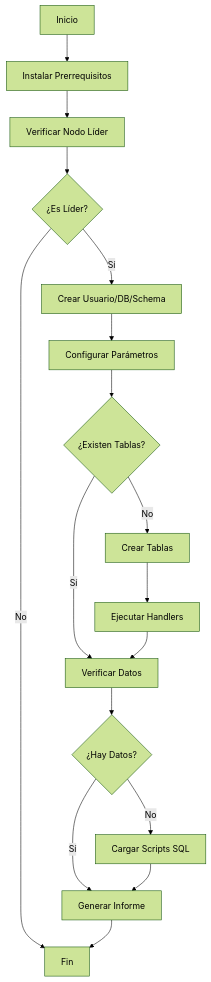
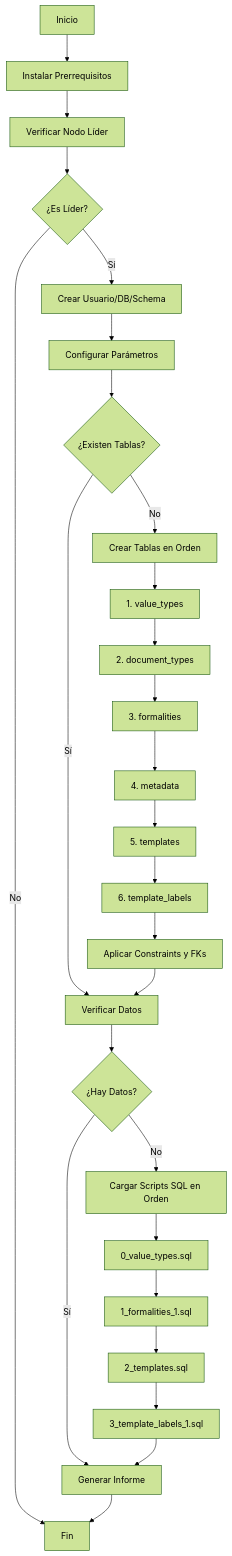
Before and after one commit to Crittan01/postgresql-ha-patroni: the diagram in roles/database_init/README.md, drawn with Mermaid (forest theme). The commit also changed other lines of this file and 10 other files, not shown here.

````diff
--- a/roles/database_init/README.md
+++ b/roles/database_init/README.md
@@ -131,19 +134,29 @@
 ```mermaid
 graph TD
     A[Inicio] --> B[Instalar Prerrequisitos]
     B --> C[Verificar Nodo Líder]
     C --> D{¿Es Líder?}
     D -->|No| Z[Fin]
     D -->|Sí| E[Crear Usuario/DB/Schema]
     E --> F[Configurar Parámetros]
     F --> G{¿Existen Tablas?}
     G -->|Sí| H[Verificar Datos]
-    G -->|No| I[Crear Tablas]
-    I --> J[Ejecutar Handlers]
+    G -->|No| I[Crear Tablas en Orden]
+    I --> I1[1. value_types]
+    I1 --> I2[2. document_types]
+    I2 --> I3[3. formalities]
+    I3 --> I4[4. metadata]
+    I4 --> I5[5. templates]
+    I5 --> I6[6. template_labels]
+    I6 --> J[Aplicar Constraints y FKs]
     J --> H
     H --> K{¿Hay Datos?}
     K -->|Sí| L[Generar Informe]
-    K -->|No| M[Cargar Scripts SQL]
-    M --> L
+    K -->|No| M[Cargar Scripts SQL en Orden]
+    M --> M1[0_value_types.sql]
+    M1 --> M2[1_formalities_1.sql]
+    M2 --> M3[2_templates.sql]
+    M3 --> M4[3_template_labels_1.sql]
+    M4 --> L
     L --> Z
 ```
````
